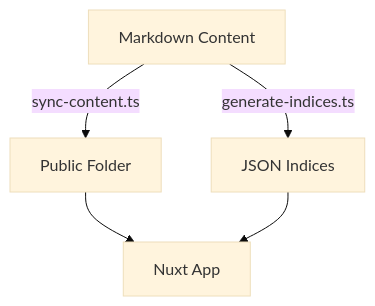
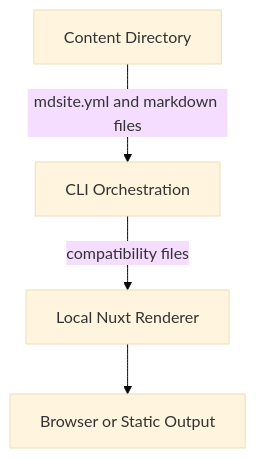
The diagram in docs/architecture.md (life-and-dev/mdsite), drawn with Mermaid (base theme) before and after one commit. The commit also changed other lines of this file and 12 other files, not shown here.

First line of the commit message:
docs - update docs for local CLI

````diff
--- a/docs/architecture.md
+++ b/docs/architecture.md
@@ -21,7 +20,6 @@
 ```mermaid
 graph TB
-    A[Markdown Content] -->|sync-content.ts| B[Public Folder]
-    A -->|generate-indices.ts| C[JSON Indices]
-    B --> D[Nuxt App]
-    C --> D
+    A[Content Directory] -->|mdsite.yml and markdown files| B[CLI Orchestration]
+    B -->|compatibility files| C[Local Nuxt Renderer]
+    C --> D[Browser or Static Output]
 ```
````
